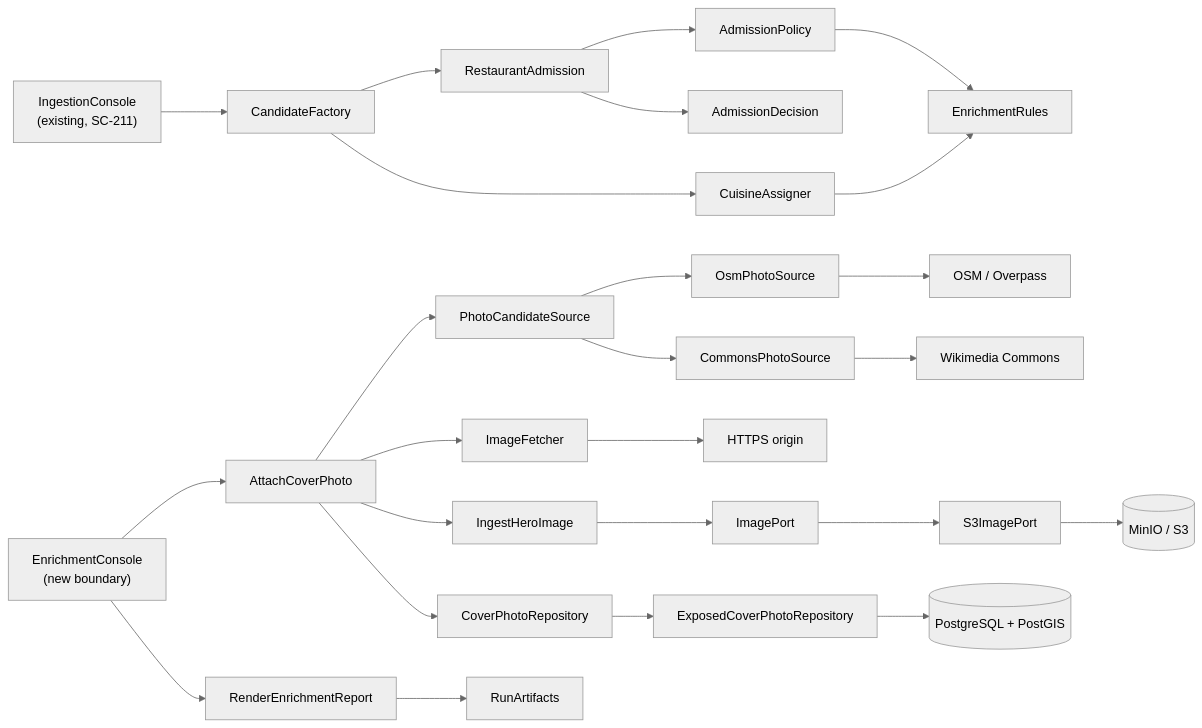
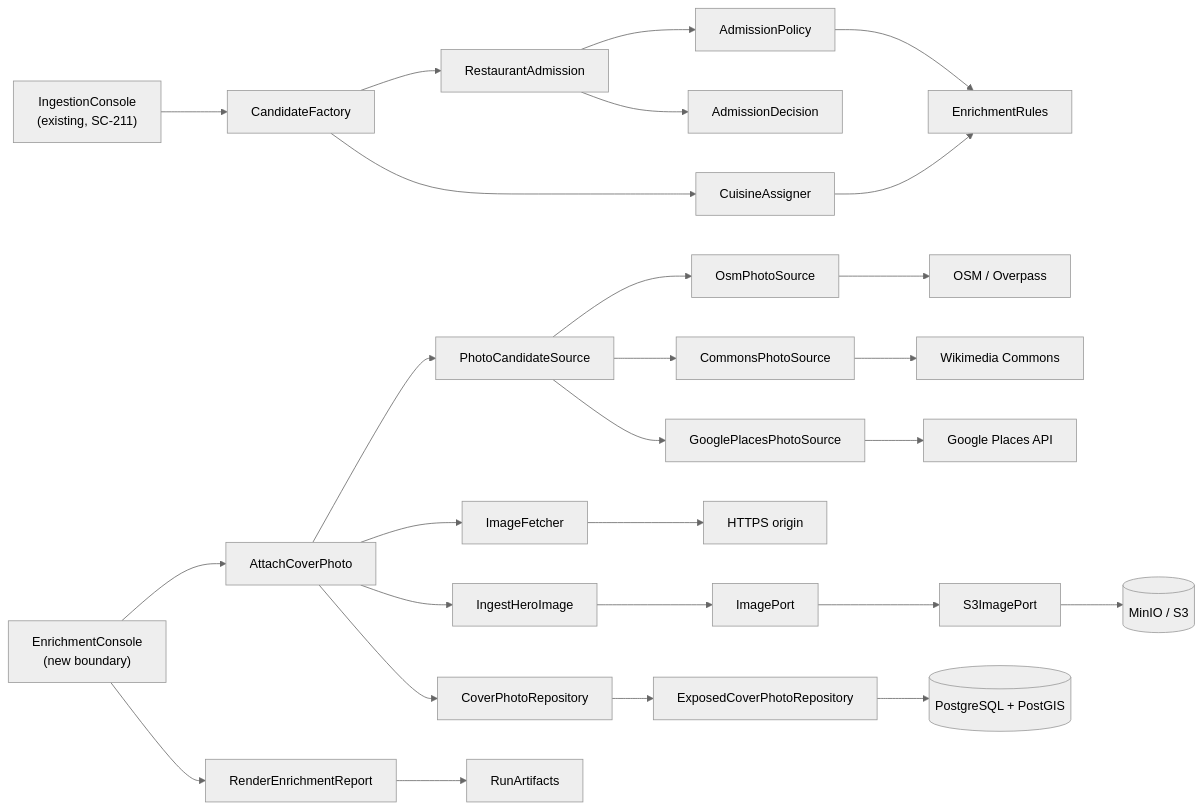
Before and after one commit to Losers-Lab/tahirs-list: the first of 4 diagrams in docs/features/SC-231/05-class-diagram-system.md, drawn with Mermaid (neutral theme). The commit also changed other lines of this file and 11 other files, not shown here.

````diff
--- a/docs/features/SC-231/05-class-diagram-system.md
+++ b/docs/features/SC-231/05-class-diagram-system.md
@@ -7,30 +7,32 @@
 ```mermaid
 flowchart LR
   B1["IngestionConsole<br/>(existing, SC-211)"] --> C0[CandidateFactory]
   C0 --> C1[RestaurantAdmission]
   C1 --> C11[AdmissionPolicy]
   C11 --> R1[EnrichmentRules]
   C0 --> C2[CuisineAssigner]
   C2 --> R1
 
   B2["EnrichmentConsole<br/>(new boundary)"] --> C3[AttachCoverPhoto]
   B2 --> C4[RenderEnrichmentReport]
 
   C3 --> P1[PhotoCandidateSource]
   C3 --> P2[ImageFetcher]
   C3 --> C5[IngestHeroImage]
   C3 --> P3[CoverPhotoRepository]
   C5 --> P4[ImagePort]
   C4 --> P5[RunArtifacts]
 
   C1 --> D1[AdmissionDecision]
   P1 --> A1[OsmPhotoSource]
   P1 --> A2[CommonsPhotoSource]
+  P1 --> A5[GooglePlacesPhotoSource]
   A1 --> X1["OSM / Overpass"]
   A2 --> X2["Wikimedia Commons"]
+  A5 --> X4["Google Places API"]
   P3 --> A3[ExposedCoverPhotoRepository]
   P2 --> X3["HTTPS origin"]
   P4 --> A4[S3ImagePort]
   A3 --> DB[("PostgreSQL + PostGIS")]
   A4 --> OBJ[("MinIO / S3")]
 ```
````
